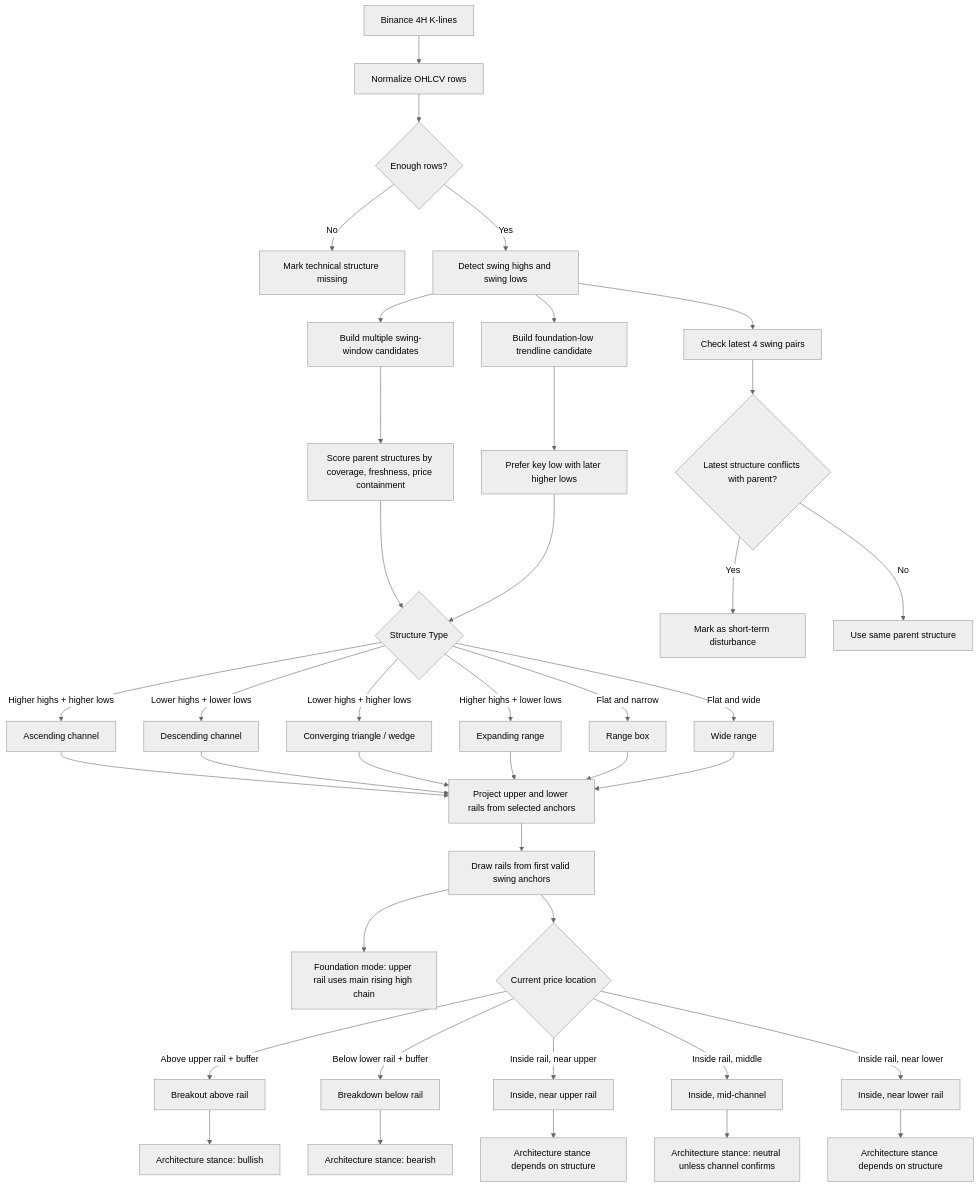
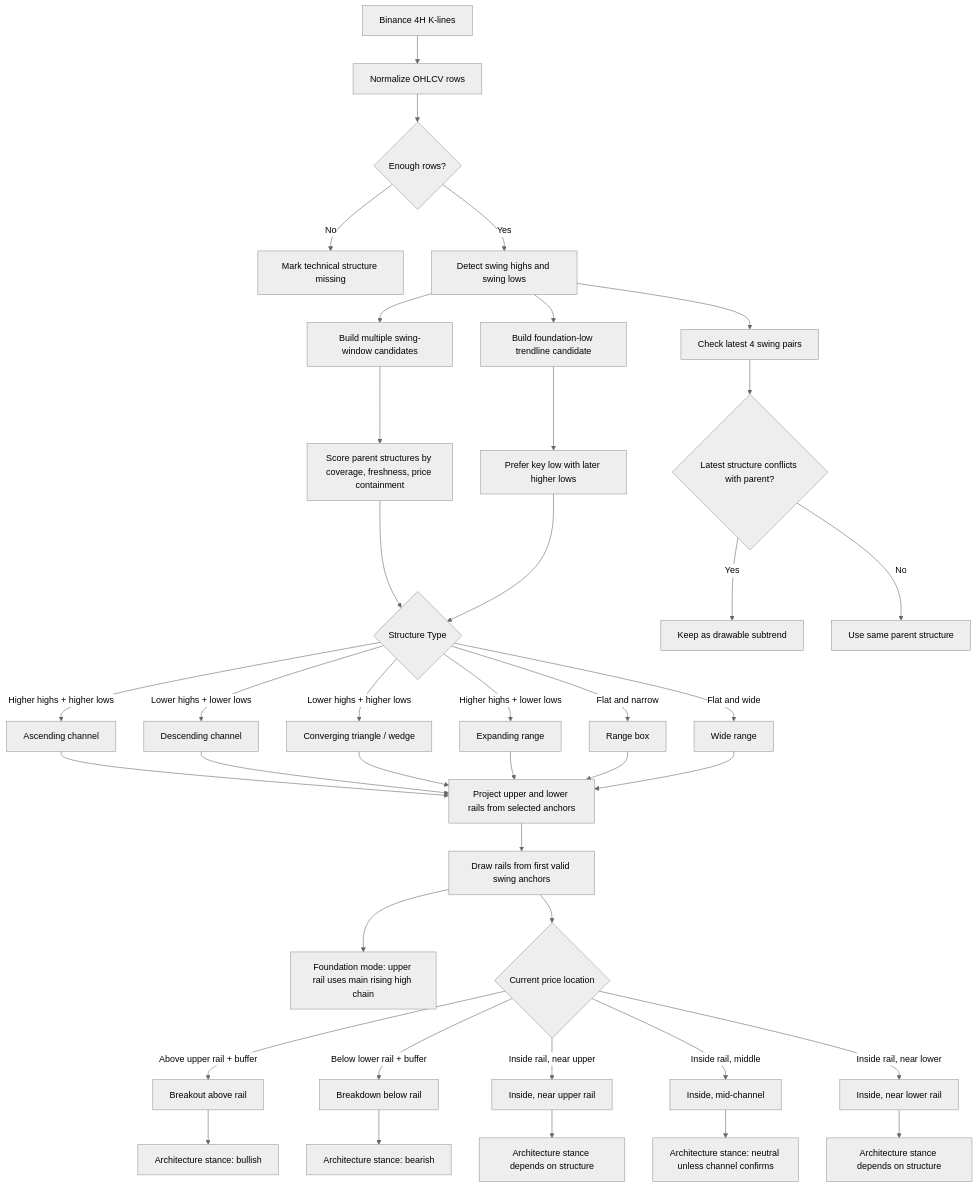
The first of 3 diagrams in docs/TECHNICAL_ARCHITECTURE.md (Lzh-xbccz/hermes-finance), drawn with Mermaid (neutral theme) before and after one commit. The commit also changed other lines of this file and 6 other files, not shown here.

````diff
--- a/docs/TECHNICAL_ARCHITECTURE.md
+++ b/docs/TECHNICAL_ARCHITECTURE.md
@@ -7,48 +7,48 @@
 ```mermaid
 flowchart TD
     A[Binance 4H K-lines] --> B[Normalize OHLCV rows]
     B --> C{Enough rows?}
     C -- No --> C1[Mark technical structure missing]
     C -- Yes --> D[Detect swing highs and swing lows]
 
     D --> E[Build multiple swing-window candidates]
     D --> E1[Build foundation-low trendline candidate]
     E --> F[Score parent structures by coverage, freshness, price containment]
     E1 --> F1[Prefer key low with later higher lows]
     F --> G{Structure Type}
     F1 --> G
 
     G -- Higher highs + higher lows --> G1[Ascending channel]
     G -- Lower highs + lower lows --> G2[Descending channel]
     G -- Lower highs + higher lows --> G3[Converging triangle / wedge]
     G -- Higher highs + lower lows --> G4[Expanding range]
     G -- Flat and narrow --> G5[Range box]
     G -- Flat and wide --> G6[Wide range]
 
     G1 --> H[Project upper and lower rails from selected anchors]
     G2 --> H
     G3 --> H
     G4 --> H
     G5 --> H
     G6 --> H
 
     H --> H1[Draw rails from first valid swing anchors]
     H1 --> H6[Foundation mode: upper rail uses main rising high chain]
     D --> H2[Check latest 4 swing pairs]
     H2 --> H3{Latest structure conflicts with parent?}
-    H3 -- Yes --> H4[Mark as short-term disturbance]
+    H3 -- Yes --> H4[Keep as drawable subtrend]
     H3 -- No --> H5[Use same parent structure]
 
     H1 --> I{Current price location}
     I -- Above upper rail + buffer --> I1[Breakout above rail]
     I -- Below lower rail + buffer --> I2[Breakdown below rail]
     I -- Inside rail, near upper --> I3[Inside, near upper rail]
     I -- Inside rail, middle --> I4[Inside, mid-channel]
     I -- Inside rail, near lower --> I5[Inside, near lower rail]
 
     I1 --> J1[Architecture stance: bullish]
     I2 --> J2[Architecture stance: bearish]
     I3 --> J3[Architecture stance depends on structure]
     I4 --> J4[Architecture stance: neutral unless channel confirms]
     I5 --> J5[Architecture stance depends on structure]
 ```
````
